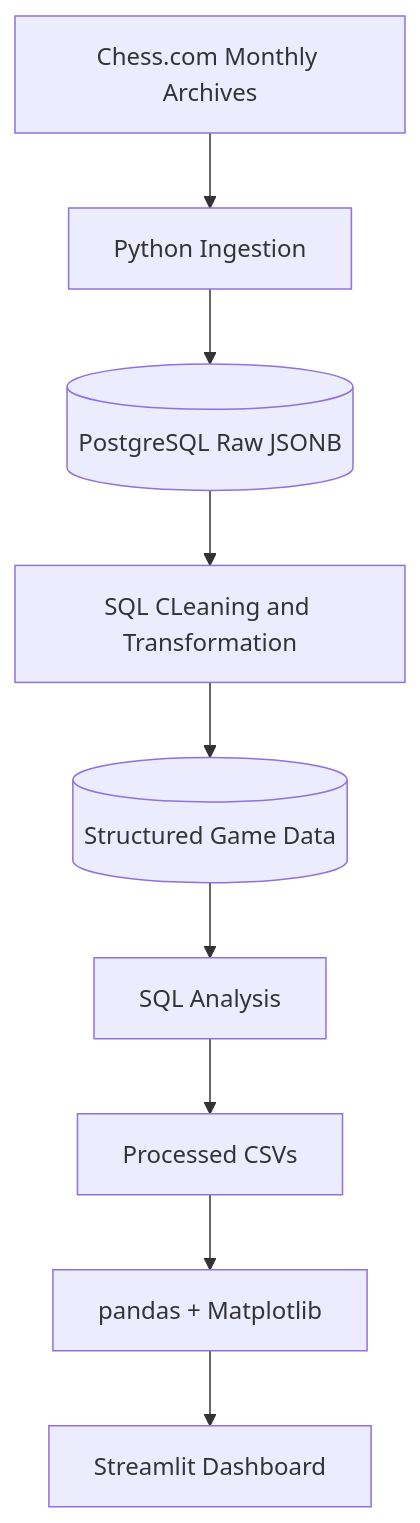
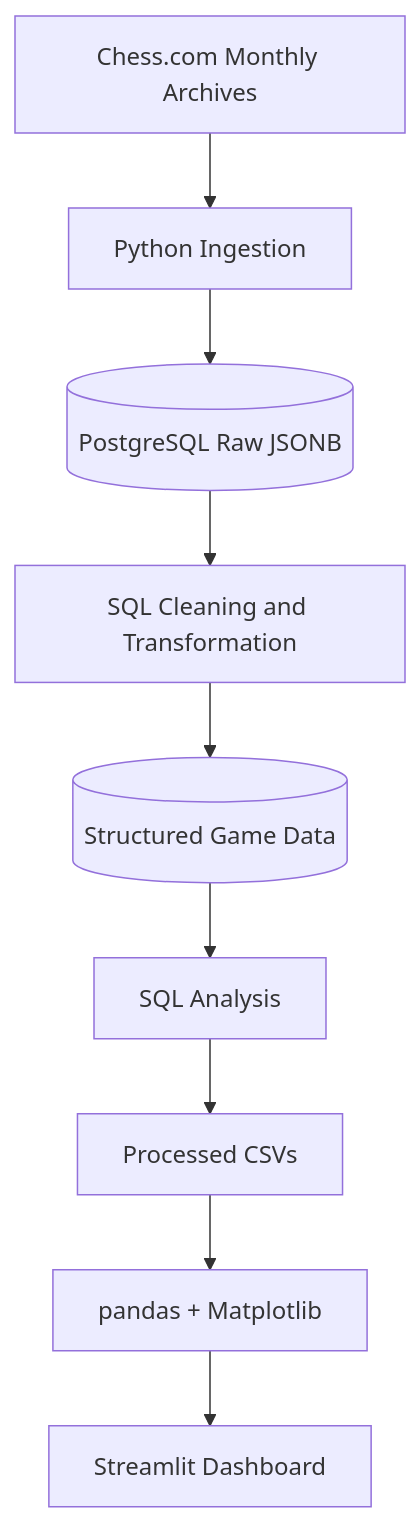
One commit to davidslone2000/chess-analytics changed the diagram in README.md. Above: the diagram before and after it, drawn with Mermaid.

````diff
--- a/README.md
+++ b/README.md
@@ -28,11 +28,11 @@
 ```mermaid
 flowchart TB
     A[Chess.com Monthly Archives] --> B[Python Ingestion]
     B --> C[(PostgreSQL Raw JSONB)]
-    C --> D[SQL CLeaning and Transformation]
+    C --> D[SQL Cleaning and Transformation]
     D --> E[(Structured Game Data)]
     E --> F[SQL Analysis]
     F --> G[Processed CSVs]
     G --> H[pandas + Matplotlib]
     H --> I[Streamlit Dashboard]
 ```
````
